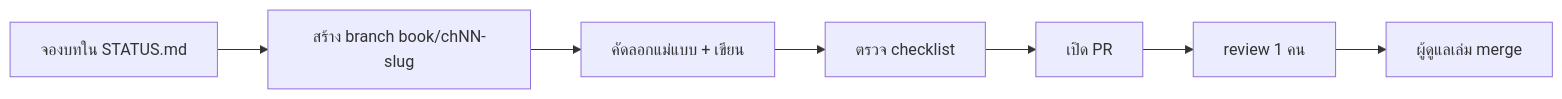
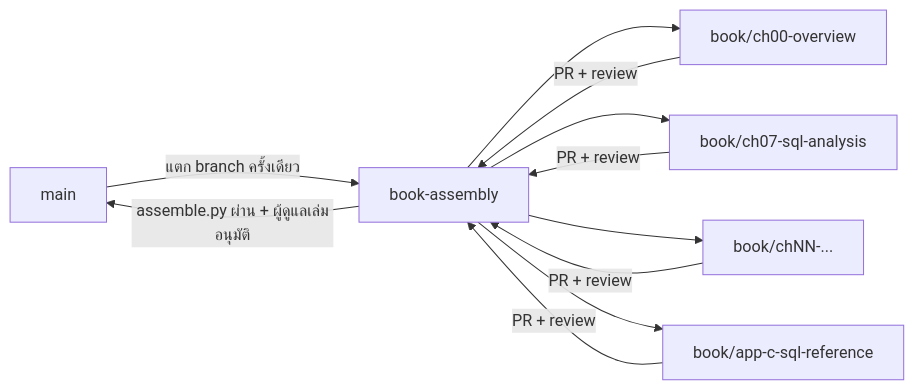
One commit to popotaroman-cloud/data-science-toolbox changed the diagram in book/AUTHORING.md. Above: the diagram before and after it, drawn with Mermaid. The commit also changed other lines of this file and 5 other files, not shown here.

First line of the commit message:
book: เขียนแยกบทใน branch ของตนแล้วประกอบเล่มที่ book-assembly

````diff
--- a/book/AUTHORING.md
+++ b/book/AUTHORING.md
@@ -85,4 +91,13 @@
 ```mermaid
 flowchart LR
-  A[จองบทใน STATUS.md] --> B[สร้าง branch book/chNN-slug] --> C[คัดลอกแม่แบบ + เขียน] --> D[ตรวจ checklist] --> E[เปิด PR] --> F[review 1 คน] --> G[ผู้ดูแลเล่ม merge]
+  M[main] -->|แตก branch ครั้งเดียว| A[book-assembly]
+  A --> C0[book/ch00-overview]
+  A --> C7[book/ch07-sql-analysis]
+  A --> Cx[book/chNN-...]
+  A --> AP[book/app-c-sql-reference]
+  C0 -->|PR + review| A
+  C7 -->|PR + review| A
+  Cx -->|PR + review| A
+  AP -->|PR + review| A
+  A -->|assemble.py ผ่าน + ผู้ดูแลเล่มอนุมัติ| M
 ```
````
